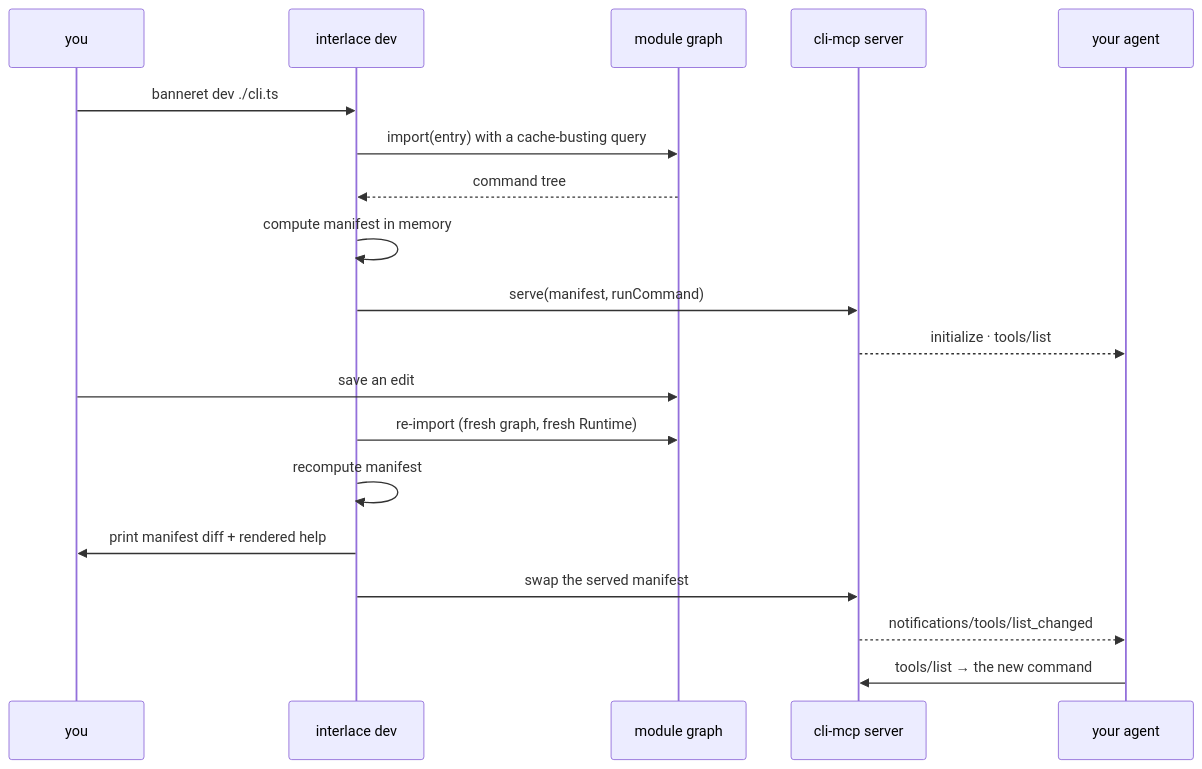
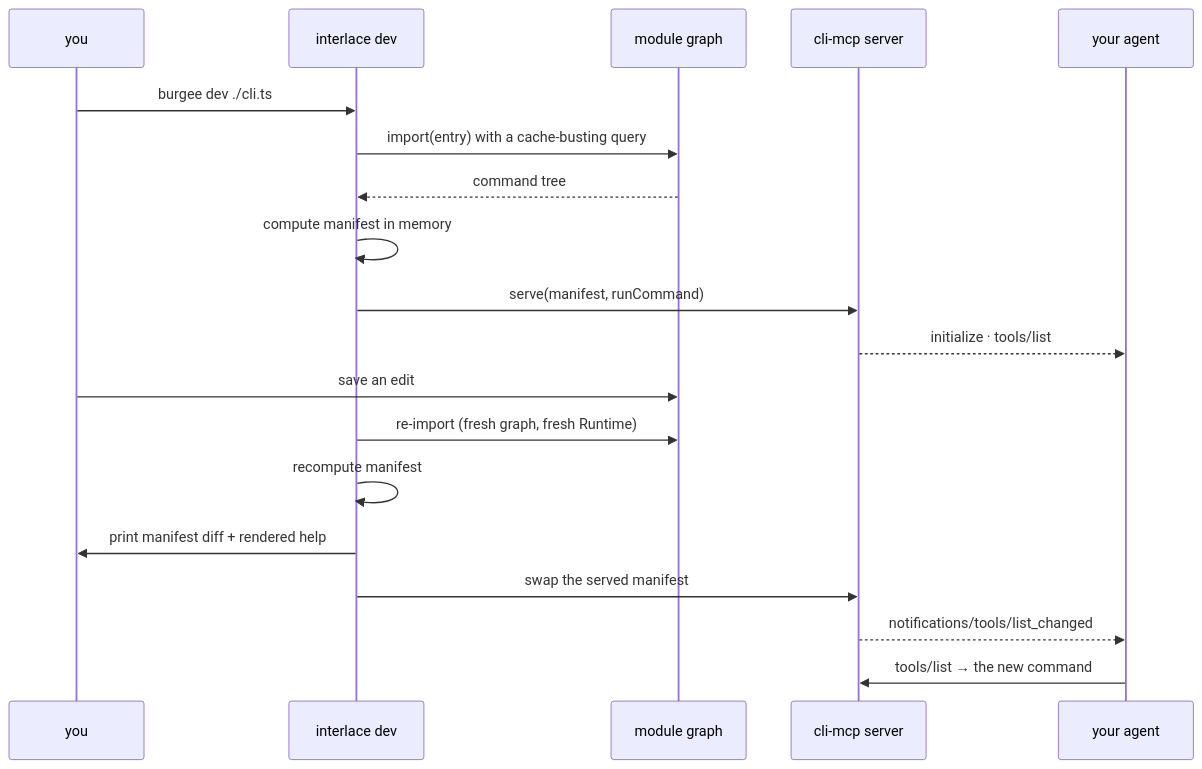
Before and after one commit to ofri-peretz/burgee: the diagram in docs/intents/dev-loop/design.md, drawn with Mermaid. The commit also changed other lines of this file and 12 other files, not shown here.

````diff
--- a/docs/intents/dev-loop/design.md
+++ b/docs/intents/dev-loop/design.md
@@ -20,22 +20,22 @@
 ```mermaid
 sequenceDiagram
   participant Dev as you
   participant Watch as interlace dev
   participant Graph as module graph
   participant MCP as cli-mcp server
   participant Agent as your agent
 
-  Dev->>Watch: banneret dev ./cli.ts
+  Dev->>Watch: burgee dev ./cli.ts
   Watch->>Graph: import(entry) with a cache-busting query
   Graph-->>Watch: command tree
   Watch->>Watch: compute manifest in memory
   Watch->>MCP: serve(manifest, runCommand)
   MCP-->>Agent: initialize · tools/list
   Dev->>Graph: save an edit
   Watch->>Graph: re-import (fresh graph, fresh Runtime)
   Watch->>Watch: recompute manifest
   Watch->>Dev: print manifest diff + rendered help
   Watch->>MCP: swap the served manifest
   MCP-->>Agent: notifications/tools/list_changed
   Agent->>MCP: tools/list → the new command
 ```
````
